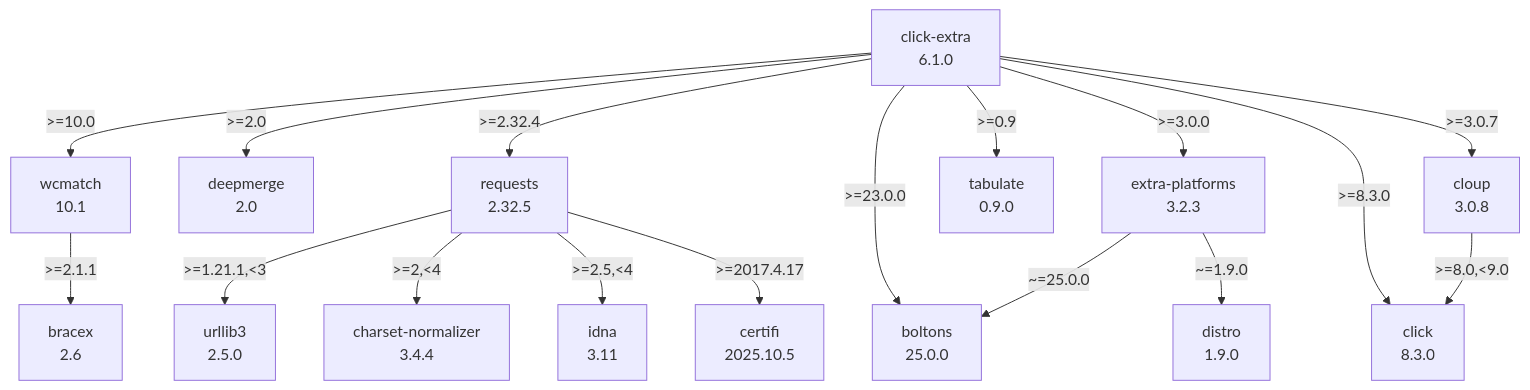
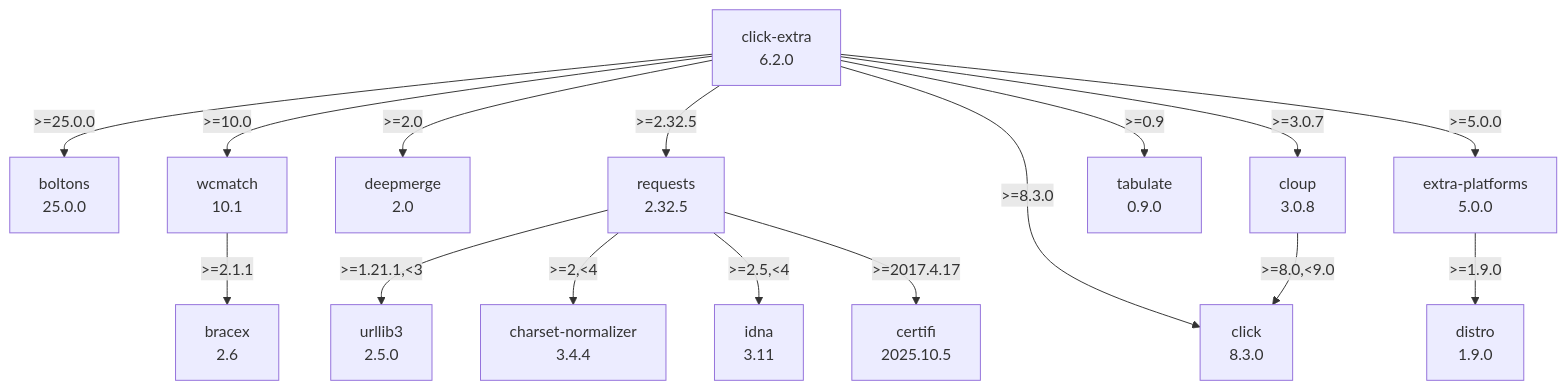
The diagram in docs/assets/dependencies.mmd (kdeldycke/click-extra), drawn with Mermaid before and after one commit.

Commit message:
[autofix] Regenerate dependency graph

```diff
--- a/docs/assets/dependencies.mmd
+++ b/docs/assets/dependencies.mmd
@@ -1,33 +1,32 @@
 flowchart TD
     classDef missing stroke-dasharray: 5
     boltons["boltons\n25.0.0"]
     bracex["bracex\n2.6"]
     certifi["certifi\n2025.10.5"]
     charset-normalizer["charset-normalizer\n3.4.4"]
-    click-extra["click-extra\n6.1.0"]
+    click-extra["click-extra\n6.2.0"]
     click_0["click\n8.3.0"]
     cloup["cloup\n3.0.8"]
     deepmerge["deepmerge\n2.0"]
     distro["distro\n1.9.0"]
-    extra-platforms["extra-platforms\n3.2.3"]
+    extra-platforms["extra-platforms\n5.0.0"]
     idna["idna\n3.11"]
     requests["requests\n2.32.5"]
     tabulate["tabulate\n0.9.0"]
     urllib3["urllib3\n2.5.0"]
     wcmatch["wcmatch\n10.1"]
     click-extra -- ">=0.9" --> tabulate
     click-extra -- ">=10.0" --> wcmatch
     click-extra -- ">=2.0" --> deepmerge
-    click-extra -- ">=2.32.4" --> requests
-    click-extra -- ">=23.0.0" --> boltons
-    click-extra -- ">=3.0.0" --> extra-platforms
+    click-extra -- ">=2.32.5" --> requests
+    click-extra -- ">=25.0.0" --> boltons
     click-extra -- ">=3.0.7" --> cloup
+    click-extra -- ">=5.0.0" --> extra-platforms
     click-extra -- ">=8.3.0" --> click_0
     cloup -- ">=8.0,<9.0" --> click_0
-    extra-platforms -- "~=1.9.0" --> distro
-    extra-platforms -- "~=25.0.0" --> boltons
+    extra-platforms -- ">=1.9.0" --> distro
     requests -- ">=1.21.1,<3" --> urllib3
     requests -- ">=2,<4" --> charset-normalizer
     requests -- ">=2.5,<4" --> idna
     requests -- ">=2017.4.17" --> certifi
     wcmatch -- ">=2.1.1" --> bracex
```
